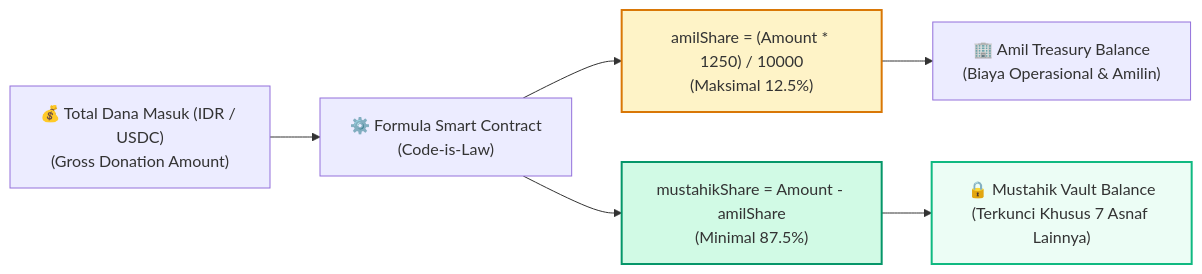
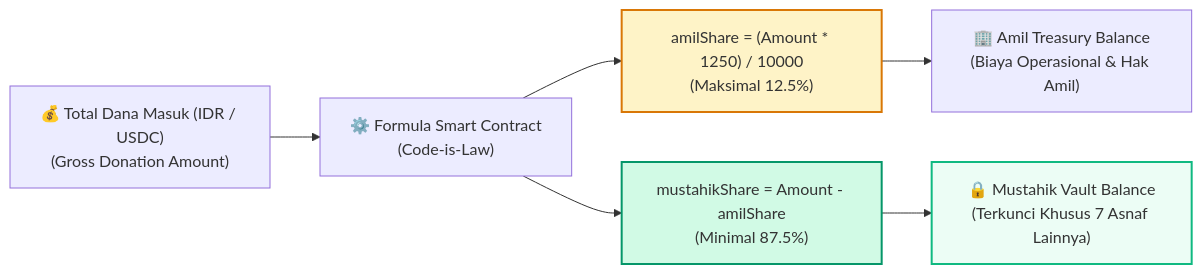
One commit to tawf-labs/tawf-zakat changed the third of 6 diagrams in FLOWCHART.md. Above: the diagram before and after it, drawn with Mermaid. The commit also changed other lines of this file, not shown here.

Commit message:
fix(docs): resolve Mermaid syntax errors in FLOWCHART.md

````diff
--- a/FLOWCHART.md
+++ b/FLOWCHART.md
@@ -120,14 +120,14 @@
 ```mermaid
 flowchart LR
-    DanaMasuk["💰 Total Dana Masuk (IDR / USDC)\n(Gross Donation Amount)"] --> SplitEngine["⚙️ Formula Smart Contract\n(Code-is-Law)"]
+    DanaMasuk["💰 Total Dana Masuk (IDR / USDC)<br/>(Gross Donation Amount)"] --> SplitEngine["⚙️ Formula Smart Contract<br/>(Code-is-Law)"]
     
-    SplitEngine --> CalcAmil["amilShare = (Amount * 1250) / 10000\n(Maksimal 12.5%)"]
-    SplitEngine --> CalcMustahik["mustahikShare = Amount - amilShare\n(Minimal 87.5%)"]
+    SplitEngine --> CalcAmil["amilShare = (Amount * 1250) / 10000<br/>(Maksimal 12.5%)"]
+    SplitEngine --> CalcMustahik["mustahikShare = Amount - amilShare<br/>(Minimal 87.5%)"]
     
-    CalcAmil --> TreasuryPool["🏢 Amil Treasury Balance\n(Biaya Operasional & Amilin)"]
-    CalcMustahik --> VaultPool["🔒 Mustahik Vault Balance\n(Terkunci Khusus 7 Asnaf Lainnya)"]
+    CalcAmil --> TreasuryPool["🏢 Amil Treasury Balance<br/>(Biaya Operasional & Hak Amil)"]
+    CalcMustahik --> VaultPool["🔒 Mustahik Vault Balance<br/>(Terkunci Khusus 7 Asnaf Lainnya)"]
     
     style CalcAmil fill:#fef3c7,stroke:#d97706,stroke-width:2px
     style CalcMustahik fill:#d1fae5,stroke:#059669,stroke-width:2px
     style VaultPool fill:#ecfdf5,stroke:#10b981,stroke-width:2px
 ```
````
